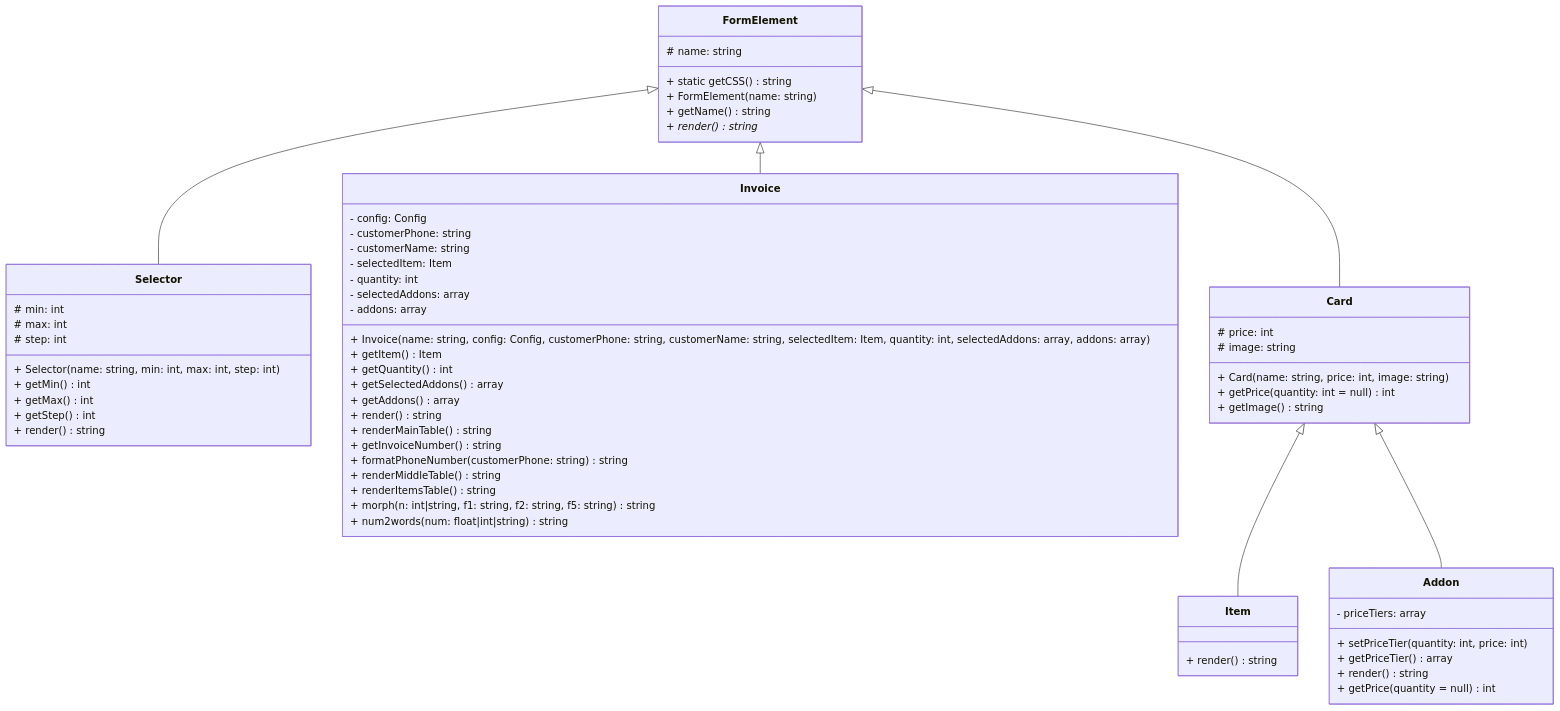
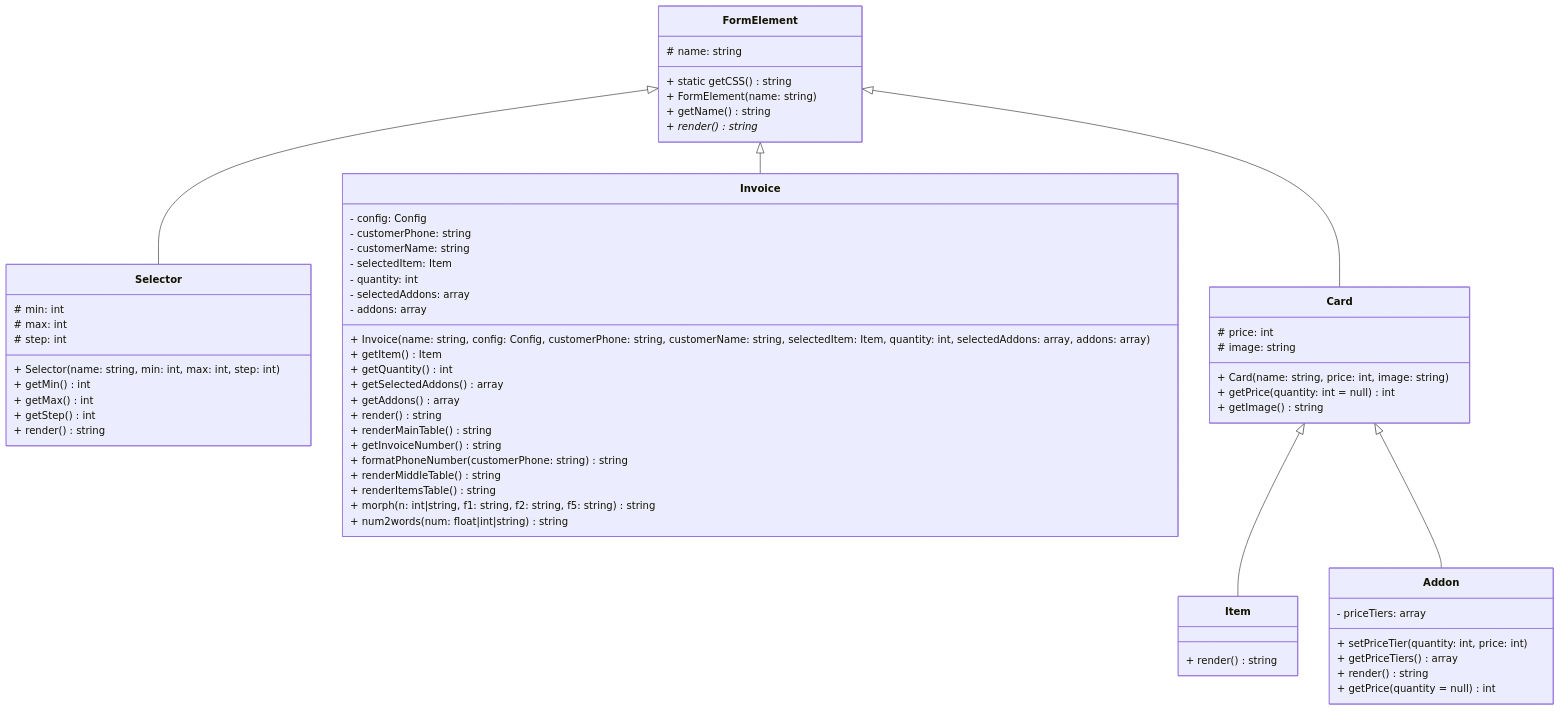
Before and after one commit to AlexandrAnatoliev/send-invoice: the first of 3 diagrams in README.md, drawn with Mermaid. The commit also changed other lines of this file and 3 other files, not shown here.

````diff
--- a/README.md
+++ b/README.md
@@ -199,72 +199,72 @@
 ```mermaid
 classDiagram
   
   class FormElement {
     # name: string
     + static getCSS() string
     + FormElement(name: string)
     + getName() string
     + render() string*
   }
 
   class Selector {
     # min: int
     # max: int
     # step: int
     + Selector(name: string, min: int, max: int, step: int)
     + getMin() int
     + getMax() int
     + getStep() int
     + render() string
   }
 
   class Invoice {
     - config: Config
     - customerPhone: string
     - customerName: string
     - selectedItem: Item 
     - quantity: int 
     - selectedAddons: array 
     - addons: array 
     + Invoice(name: string, config: Config, customerPhone: string, customerName: string, selectedItem: Item, quantity: int, selectedAddons: array, addons: array) 
     + getItem() Item
     + getQuantity() int
     + getSelectedAddons() array
     + getAddons() array
     + render() string
     + renderMainTable() string
     + getInvoiceNumber() string 
     + formatPhoneNumber(customerPhone: string) string
     + renderMiddleTable() string 
     + renderItemsTable() string
     + morph(n: int|string, f1: string, f2: string, f5: string) string
     + num2words(num: float|int|string ) string
   }
 
   class Card {
     # price: int
     # image: string
     + Card(name: string, price: int, image: string)
     + getPrice(quantity: int = null) int
     + getImage() string
   }
 
   class Item {
     + render() string
   }
 
   class Addon {
     - priceTiers: array
     + setPriceTier(quantity: int, price: int)
-    + getPriceTier() array
+    + getPriceTiers() array
     + render() string
     + getPrice(quantity = null) int
   }
 
   FormElement  <|-- Selector
   FormElement  <|-- Invoice
   FormElement  <|-- Card
   Card <|-- Item
   Card <|-- Addon
 
 ```
````
